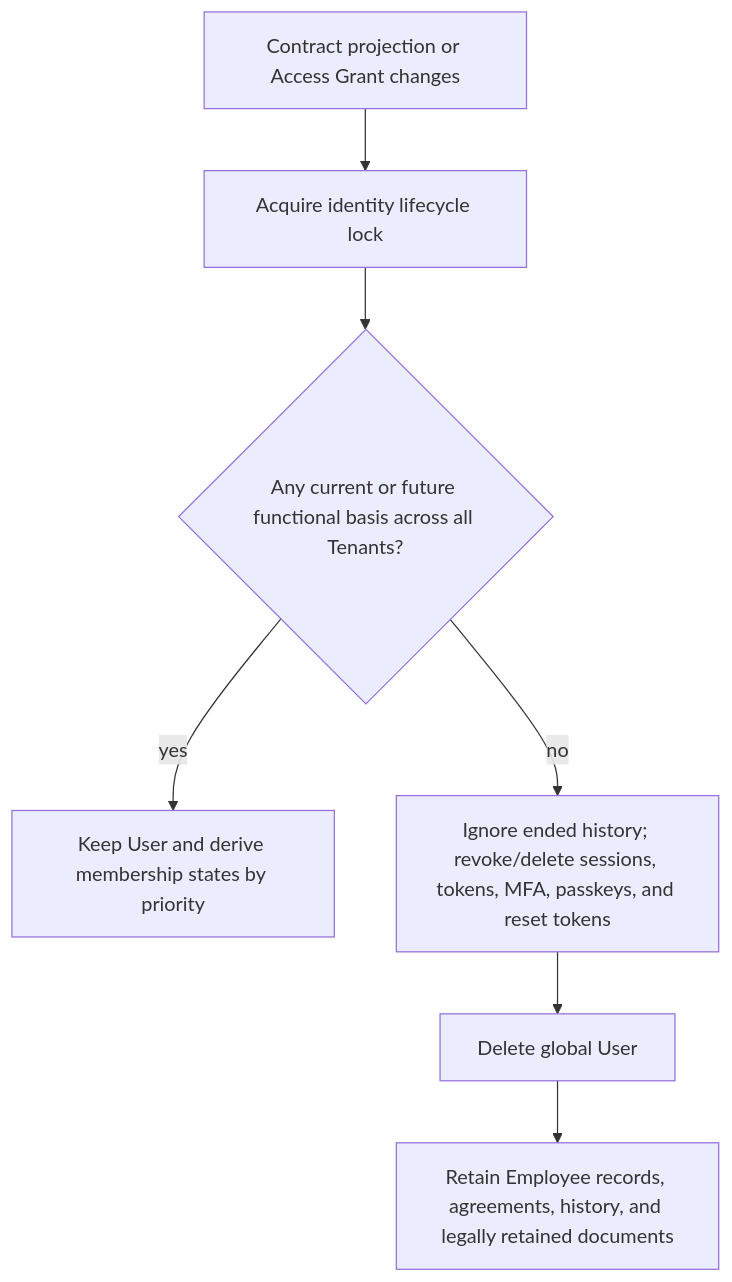
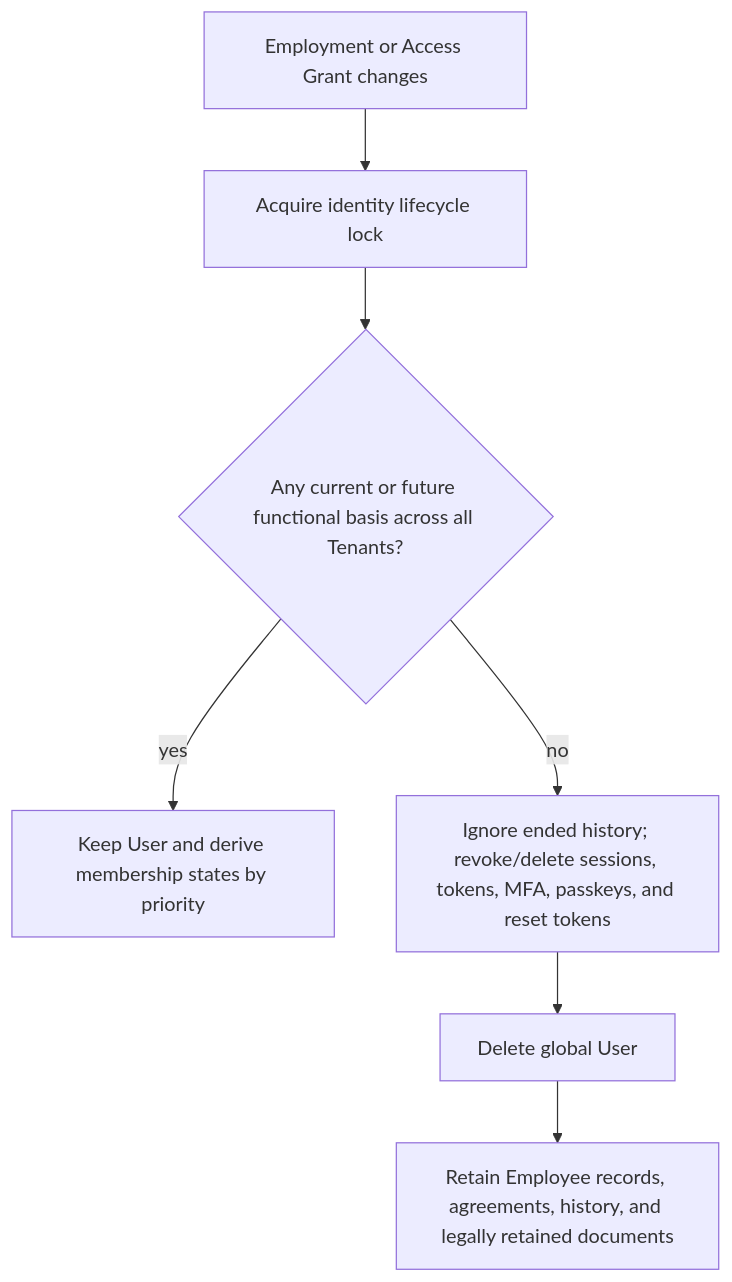
The fourth of 4 diagrams in docs/adr/20260720-tenant-identity-access-model-adr014.md (SecPal/.github), drawn with Mermaid before and after one commit. The commit also changed other lines of this file and 17 other files, not shown here.

First line of the commit message:
Consolidate current architecture decisions (#1423)

````diff
--- a/docs/adr/20260720-tenant-identity-access-model-adr014.md
+++ b/docs/adr/20260720-tenant-identity-access-model-adr014.md
@@ -385,9 +370,9 @@
 ```mermaid
 flowchart TD
-  A[Contract projection or Access Grant changes] --> B[Acquire identity lifecycle lock]
+  A[Employment or Access Grant changes] --> B[Acquire identity lifecycle lock]
   B --> C{Any current or future functional basis across all Tenants?}
   C -- yes --> D[Keep User and derive membership states by priority]
   C -- no --> E[Ignore ended history; revoke/delete sessions, tokens, MFA, passkeys, and reset tokens]
   E --> F[Delete global User]
   F --> G[Retain Employee records, agreements, history, and legally retained documents]
 ```
````
